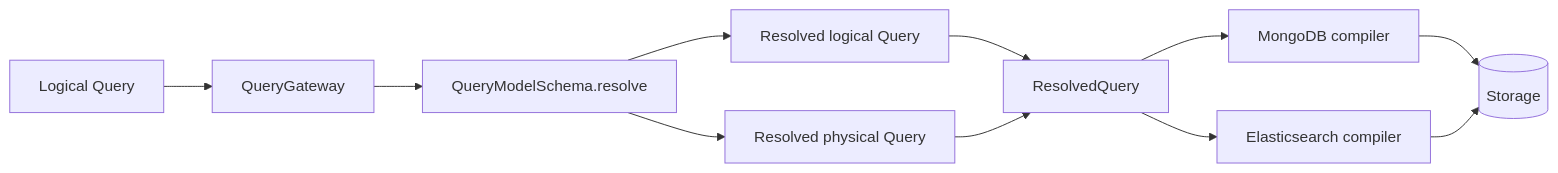
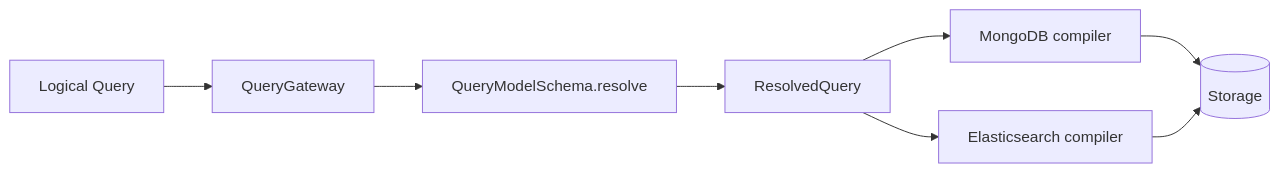
The diagram in documentation/docs/zh/guide/query/query-model-schema-physical-binding-design.md (Ahoo-Wang/Wow), drawn with Mermaid before and after one commit. The commit also changed other lines of this file, not shown here.

Commit message:
docs(query): finalize physical binding migration design

````diff
--- a/documentation/docs/zh/guide/query/query-model-schema-physical-binding-design.md
+++ b/documentation/docs/zh/guide/query/query-model-schema-physical-binding-design.md
@@ -78,13 +86,10 @@
 ```mermaid
 flowchart LR
     Request[Logical Query] --> Gateway[QueryGateway]
     Gateway --> Schema[QueryModelSchema.resolve]
-    Schema --> Logical[Resolved logical Query]
-    Schema --> Physical[Resolved physical Query]
-    Logical --> Resolved[ResolvedQuery]
-    Physical --> Resolved
+    Schema --> Resolved[ResolvedQuery]
     Resolved --> Mongo[MongoDB compiler]
     Resolved --> Elasticsearch[Elasticsearch compiler]
     Mongo --> Store[(Storage)]
     Elasticsearch --> Store
 ```
````
